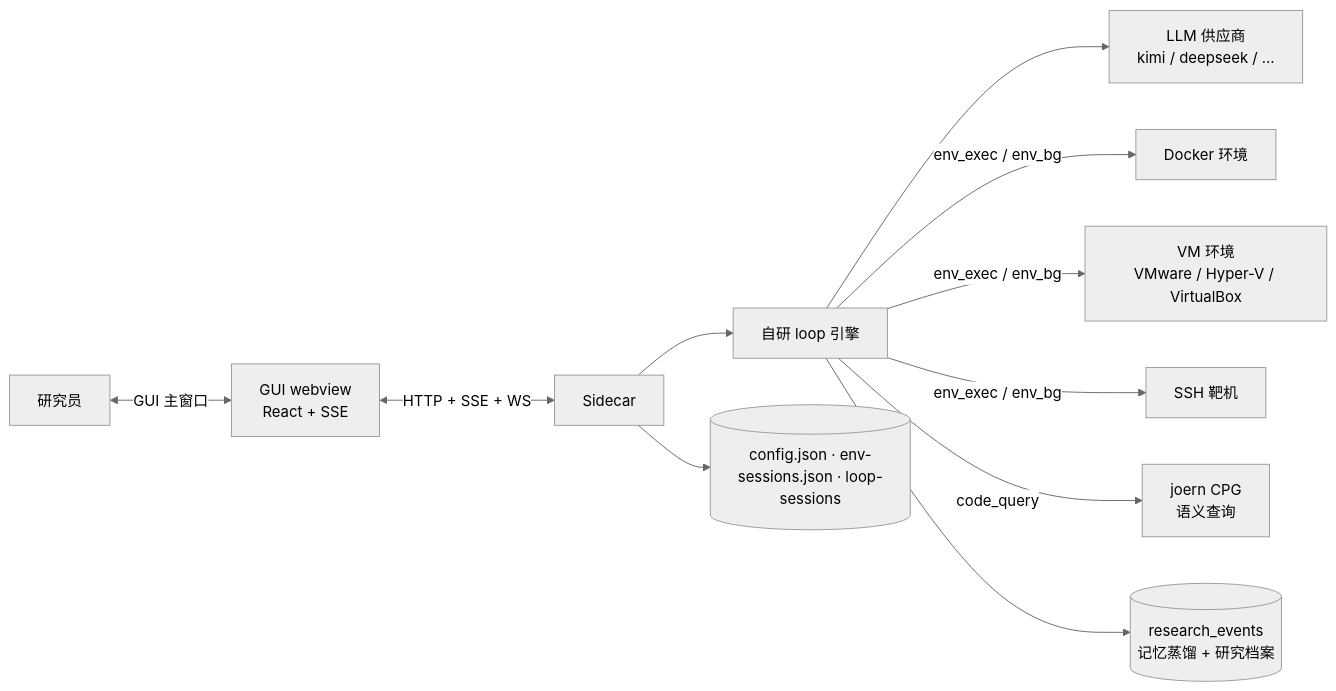
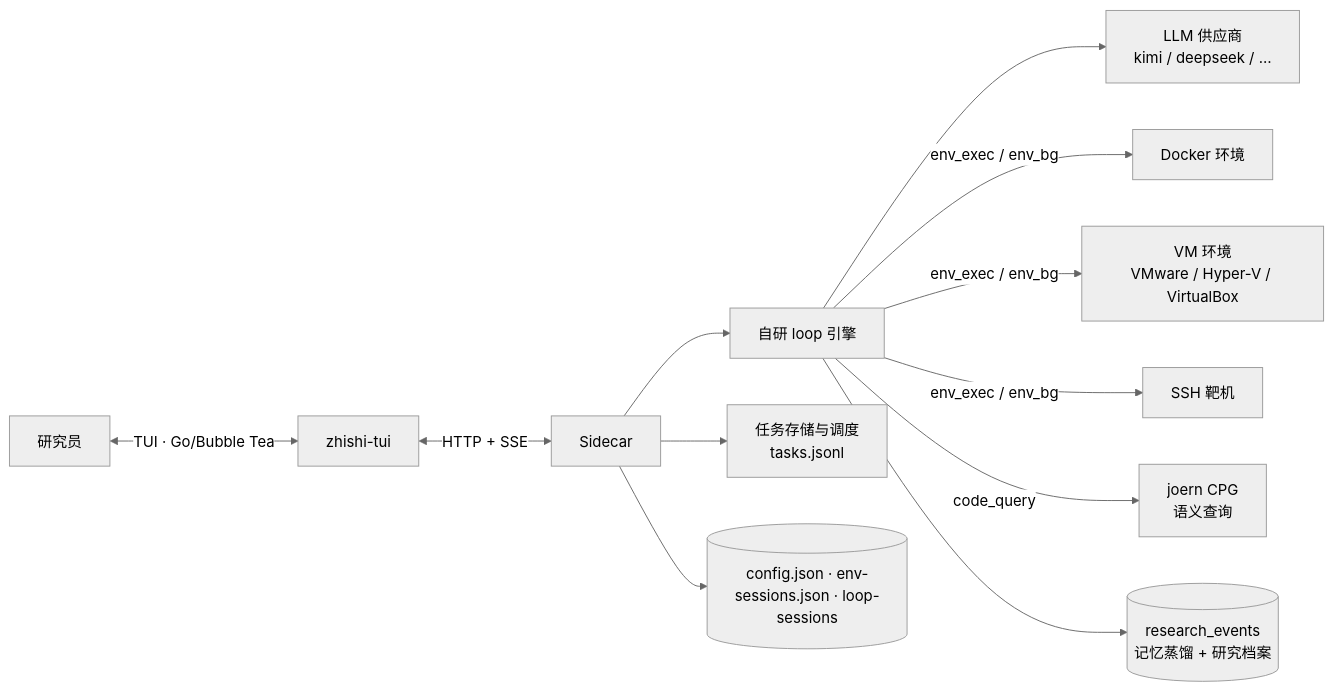
One commit to LielingAi/ZhiShi changed the diagram in README.md. Above: the diagram before and after it, drawn with Mermaid (neutral theme). The commit also changed other lines of this file and 2 other files, not shown here.

First line of the commit message:
docs: README 重写为 2.1 TUI 形态

````diff
--- a/README.md
+++ b/README.md
@@ -251,13 +283,14 @@
 ```mermaid
 flowchart LR
-    U[研究员] <-->|GUI 主窗口| G[GUI webview<br/>React + SSE]
-    G <-->|HTTP + SSE + WS| S[Sidecar]
+    U[研究员] <-->|TUI · Go/Bubble Tea| T[zhishi-tui]
+    T <-->|HTTP + SSE| S[Sidecar]
     S --> L[自研 loop 引擎]
     L --> M[LLM 供应商<br/>kimi / deepseek / …]
     L -->|env_exec / env_bg| E1[Docker 环境]
     L -->|env_exec / env_bg| E2[VM 环境<br/>VMware / Hyper-V / VirtualBox]
     L -->|env_exec / env_bg| E3[SSH 靶机]
     L -->|code_query| J[joern CPG<br/>语义查询]
     L --> DB[(research_events<br/>记忆蒸馏 + 研究档案)]
+    S --> TASK[任务存储与调度<br/>tasks.jsonl]
     S --> CFG[(config.json · env-sessions.json · loop-sessions)]
 ```
````
